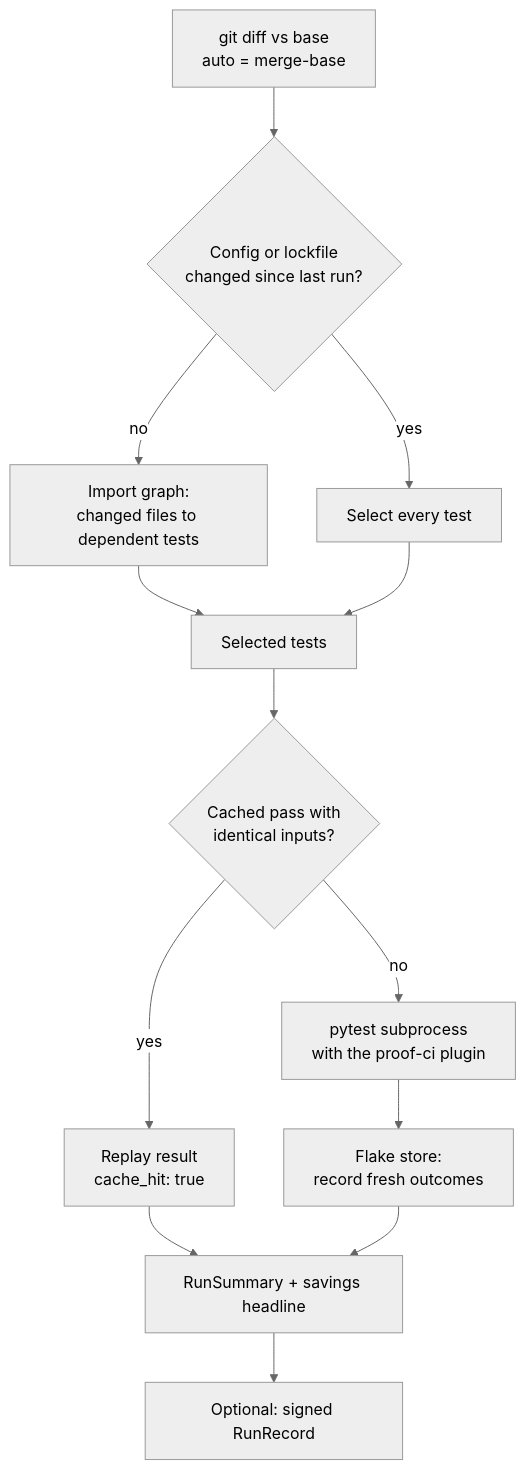
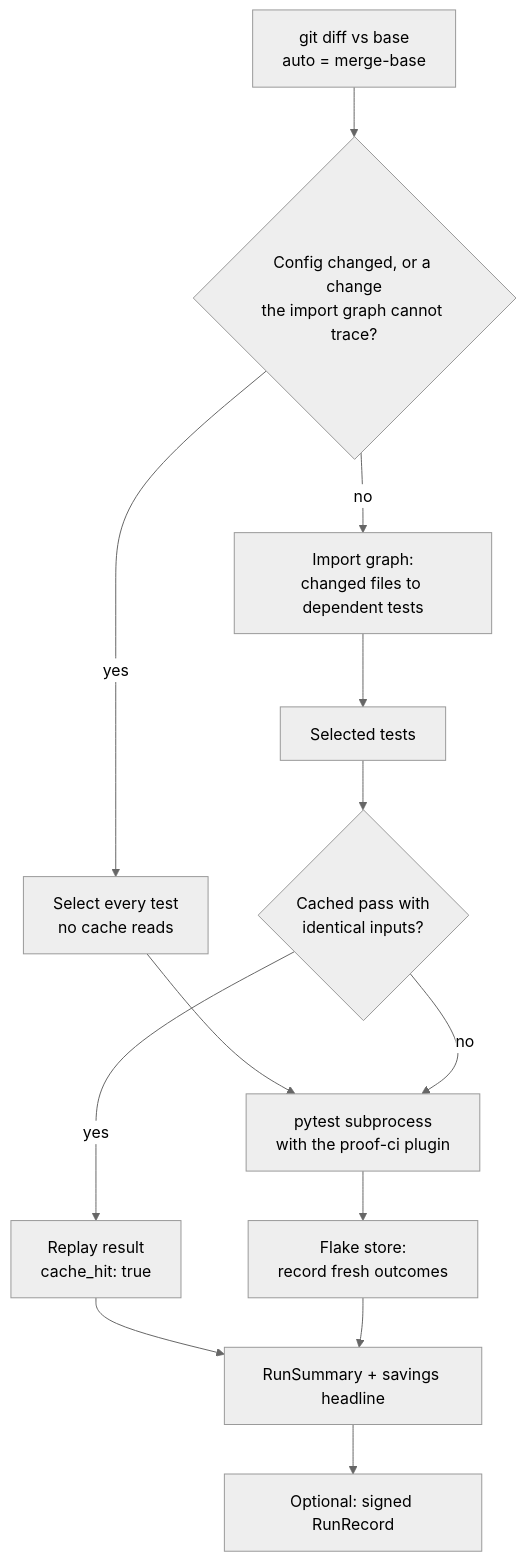
Before and after one commit to SMRFORGE/proof-ci: the second of 4 diagrams in README.md, drawn with Mermaid (neutral theme). The commit also changed other lines of this file and 16 other files, not shown here.

````diff
--- a/README.md
+++ b/README.md
@@ -94,15 +94,15 @@
 ```mermaid
 flowchart TB
-  G[git diff vs base<br/>auto = merge-base] --> F{Config or lockfile<br/>changed since last run?}
-  F -->|yes| ALL[Select every test]
+  G[git diff vs base<br/>auto = merge-base] --> F{Config changed, or a change<br/>the import graph cannot trace?}
+  F -->|yes| ALL[Select every test<br/>no cache reads]
   F -->|no| IG[Import graph:<br/>changed files to dependent tests]
   IG --> SEL[Selected tests]
-  ALL --> SEL
+  ALL --> PY
   SEL --> K{Cached pass with<br/>identical inputs?}
   K -->|yes| R[Replay result<br/>cache_hit: true]
   K -->|no| PY[pytest subprocess<br/>with the proof-ci plugin]
   PY --> FL[Flake store:<br/>record fresh outcomes]
   R --> S[RunSummary + savings headline]
   FL --> S
   S --> SIG[Optional: signed RunRecord]
 ```
````
